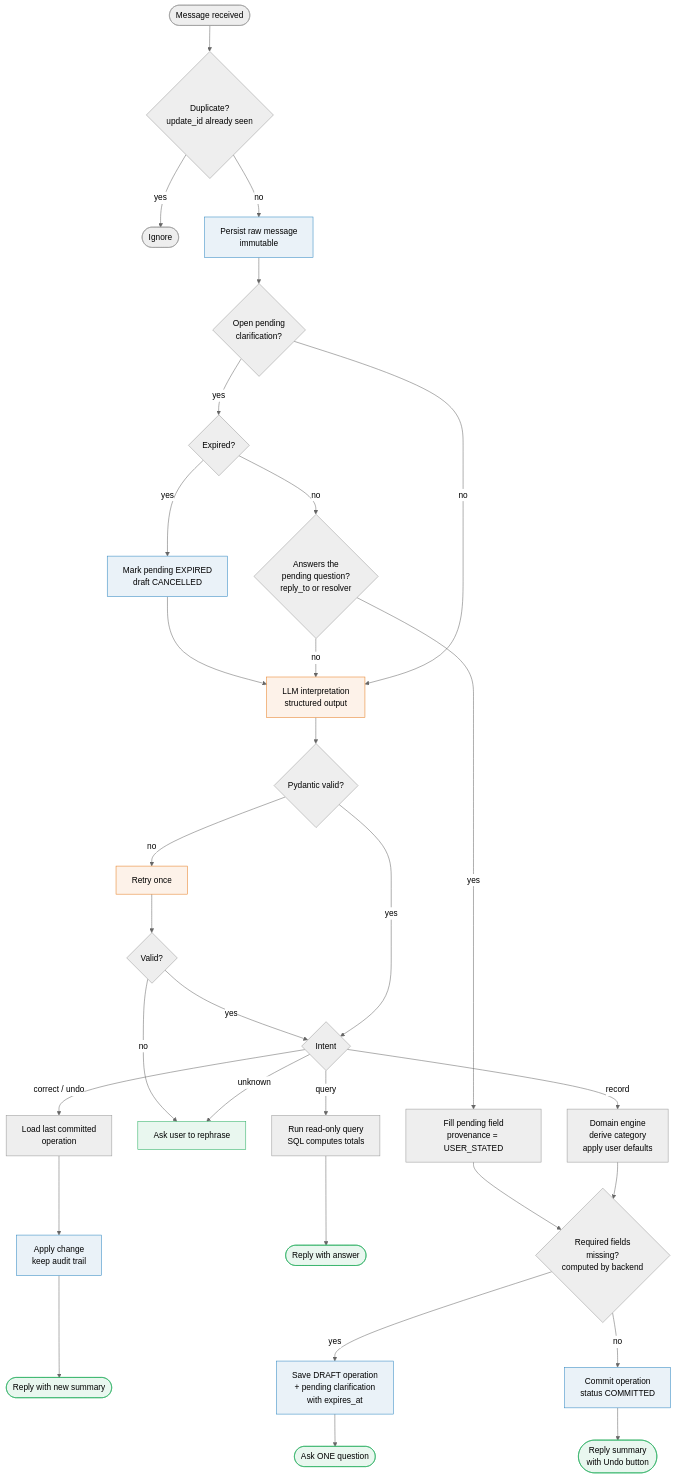
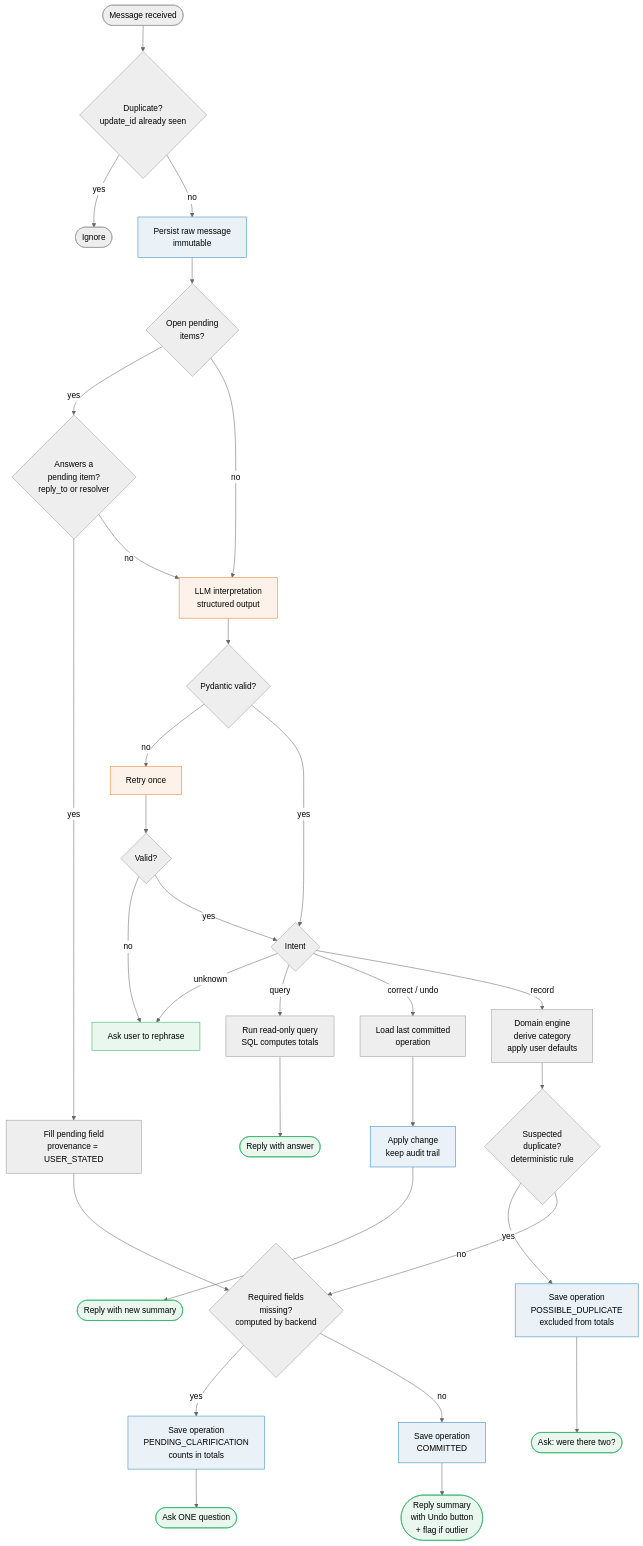
The diagram in doc/conversation-flow.md (mayconmao/milo), drawn with Mermaid (neutral theme) before and after one commit. The commit also changed other lines of this file and 2 other files, not shown here.

Commit message:
docs: align conversation flow and domain model with PRODUCT.md

````diff
--- a/doc/conversation-flow.md
+++ b/doc/conversation-flow.md
@@ -5,36 +6,36 @@
 ```mermaid
 flowchart TD
     A([Message received]) --> B{Duplicate?<br/>update_id already seen}
     B -- yes --> Z1([Ignore])
     B -- no --> C[Persist raw message<br/>immutable]
-    C --> D{Open pending<br/>clarification?}
+    C --> D{Open pending<br/>items?}
 
-    D -- yes --> E{Expired?}
-    E -- yes --> E1[Mark pending EXPIRED<br/>draft CANCELLED] --> F
-    E -- no --> G{Answers the<br/>pending question?<br/>reply_to or resolver}
+    D -- yes --> G{Answers a<br/>pending item?<br/>reply_to or resolver}
     G -- yes --> H[Fill pending field<br/>provenance = USER_STATED]
     H --> M
     G -- no --> F
 
     D -- no --> F[LLM interpretation<br/>structured output]
     F --> V{Pydantic valid?}
     V -- no --> V1[Retry once] --> V2{Valid?}
     V2 -- no --> U
     V2 -- yes --> I
     V -- yes --> I{Intent}
 
     I -- unknown --> U[Ask user to rephrase]
     I -- query --> Q[Run read-only query<br/>SQL computes totals] --> R1([Reply with answer])
     I -- correct / undo --> K[Load last committed<br/>operation] --> K1[Apply change<br/>keep audit trail] --> R2([Reply with new summary])
     I -- record --> L[Domain engine<br/>derive category<br/>apply user defaults]
-    L --> M{Required fields<br/>missing?<br/>computed by backend}
-    M -- yes --> N[Save DRAFT operation<br/>+ pending clarification<br/>with expires_at] --> R3([Ask ONE question])
-    M -- no --> O[Commit operation<br/>status COMMITTED] --> R4([Reply summary<br/>with Undo button])
+    L --> DUP{Suspected<br/>duplicate?<br/>deterministic rule}
+    DUP -- yes --> DP[Save operation<br/>POSSIBLE_DUPLICATE<br/>excluded from totals] --> R5([Ask: were there two?])
+    DUP -- no --> M{Required fields<br/>missing?<br/>computed by backend}
+    M -- yes --> N[Save operation<br/>PENDING_CLARIFICATION<br/>counts in totals] --> R3([Ask ONE question])
+    M -- no --> O[Save operation<br/>COMMITTED] --> R4([Reply summary<br/>with Undo button<br/>+ flag if outlier])
 
     classDef llm fill:#fdf2e9,stroke:#e67e22,color:#000
     classDef state fill:#eaf2f8,stroke:#2e86c1,color:#000
     classDef reply fill:#e9f7ef,stroke:#27ae60,color:#000
     class F,V1 llm
-    class C,E1,N,O,K1 state
-    class R1,R2,R3,R4,U reply
+    class C,N,O,K1,DP state
+    class R1,R2,R3,R4,R5,U reply
 ```
````
